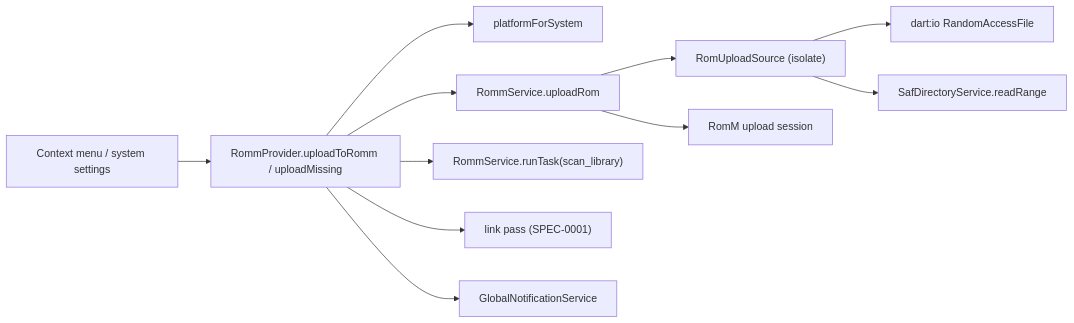
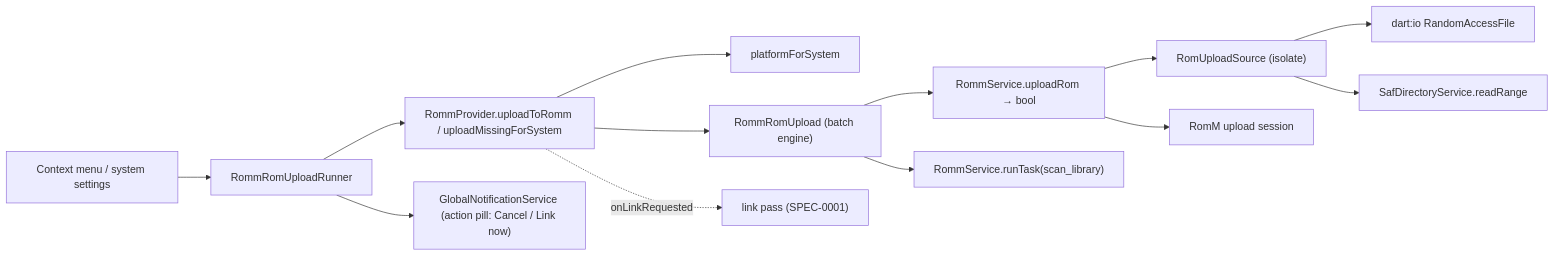
The diagram in sdd/specs/romm-rom-upload/design.md (jonstump/neostation-frontend), drawn with Mermaid before and after one commit. The commit also changed other lines of this file and 2 other files, not shown here.

First line of the commit message:
docs(sdd): batch design doc updates for the ROM upload sprint (#225)

````diff
--- a/sdd/specs/romm-rom-upload/design.md
+++ b/sdd/specs/romm-rom-upload/design.md
@@ -43,13 +68,15 @@
 ```mermaid
 flowchart LR
-    M["Context menu / system settings"] --> P["RommProvider.uploadToRomm / uploadMissing"]
+    M["Context menu / system settings"] --> Run["RommRomUploadRunner"]
+    Run --> P["RommProvider.uploadToRomm / uploadMissingForSystem"]
     P --> Map["platformForSystem"]
-    P --> S["RommService.uploadRom"]
+    P --> E["RommRomUpload (batch engine)"]
+    E --> S["RommService.uploadRom → bool"]
     S --> Src["RomUploadSource (isolate)"]
     Src --> IO["dart:io RandomAccessFile"]
     Src --> SAF["SafDirectoryService.readRange"]
     S --> R["RomM upload session"]
-    P --> T["RommService.runTask(scan_library)"]
-    P --> L["link pass (SPEC-0001)"]
-    P --> N["GlobalNotificationService"]
+    E --> T["RommService.runTask(scan_library)"]
+    P -. onLinkRequested .-> L["link pass (SPEC-0001)"]
+    Run --> N["GlobalNotificationService (action pill: Cancel / Link now)"]
 ```
````
